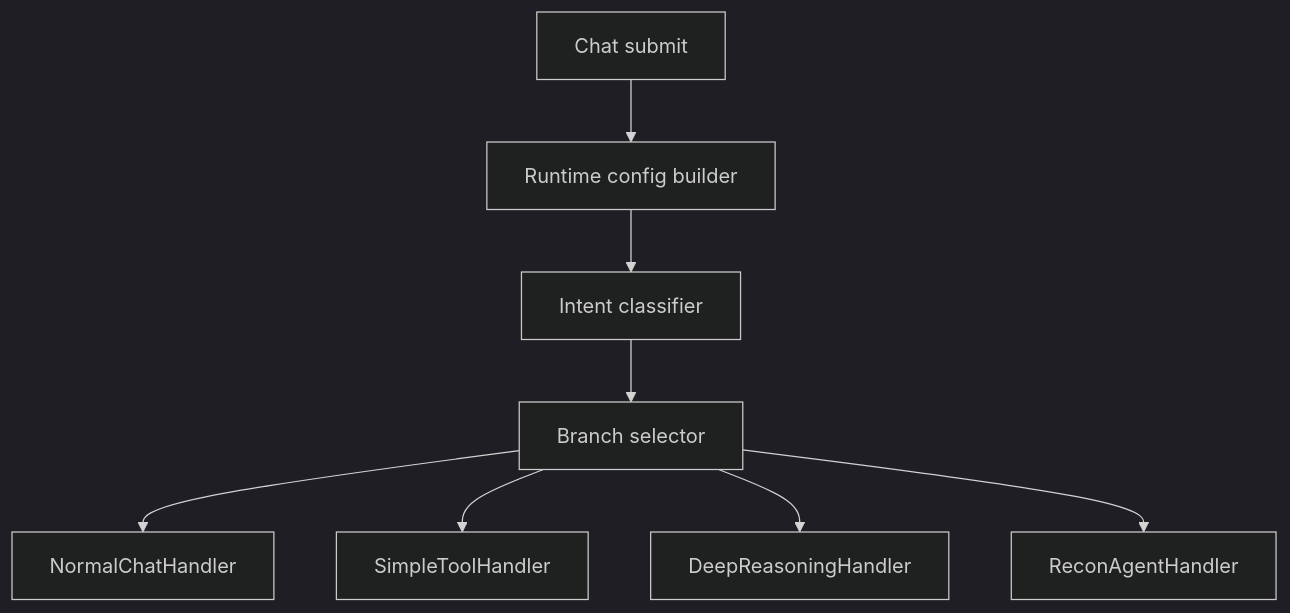
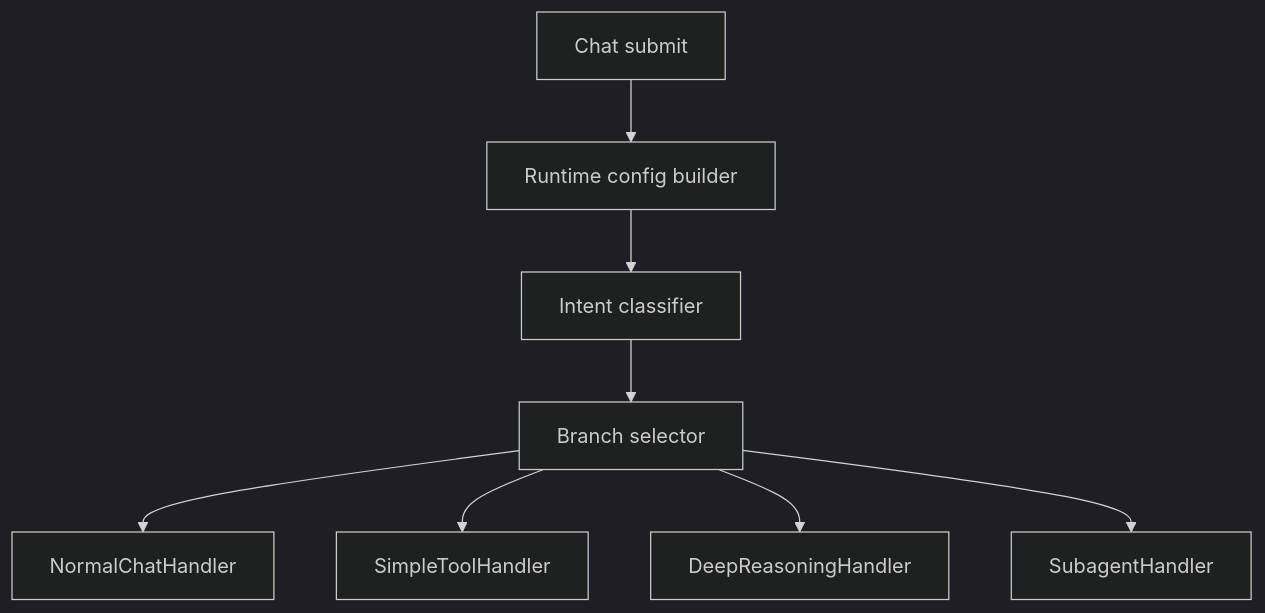
One commit to quareth/drowAI changed the first of 4 diagrams in docs/architecture/langgraph-graph-architecture.md. Above: the diagram before and after it, drawn with Mermaid (dark theme). The commit also changed other lines of this file and 3 other files, not shown here.

````diff
--- a/docs/architecture/langgraph-graph-architecture.md
+++ b/docs/architecture/langgraph-graph-architecture.md
@@ -76,19 +76,19 @@
 ```mermaid
 flowchart TD
     ChatAPI[Chat submit]
     Context[Runtime config builder]
     Intent[Intent classifier]
     Selector[Branch selector]
     Normal[NormalChatHandler]
     Simple[SimpleToolHandler]
     Deep[DeepReasoningHandler]
-    Scout[ReconAgentHandler]
+    Subagent[SubagentHandler]
 
     ChatAPI --> Context
     Context --> Intent
     Intent --> Selector
     Selector --> Normal
     Selector --> Simple
     Selector --> Deep
-    Selector --> Scout
+    Selector --> Subagent
 ```
````
